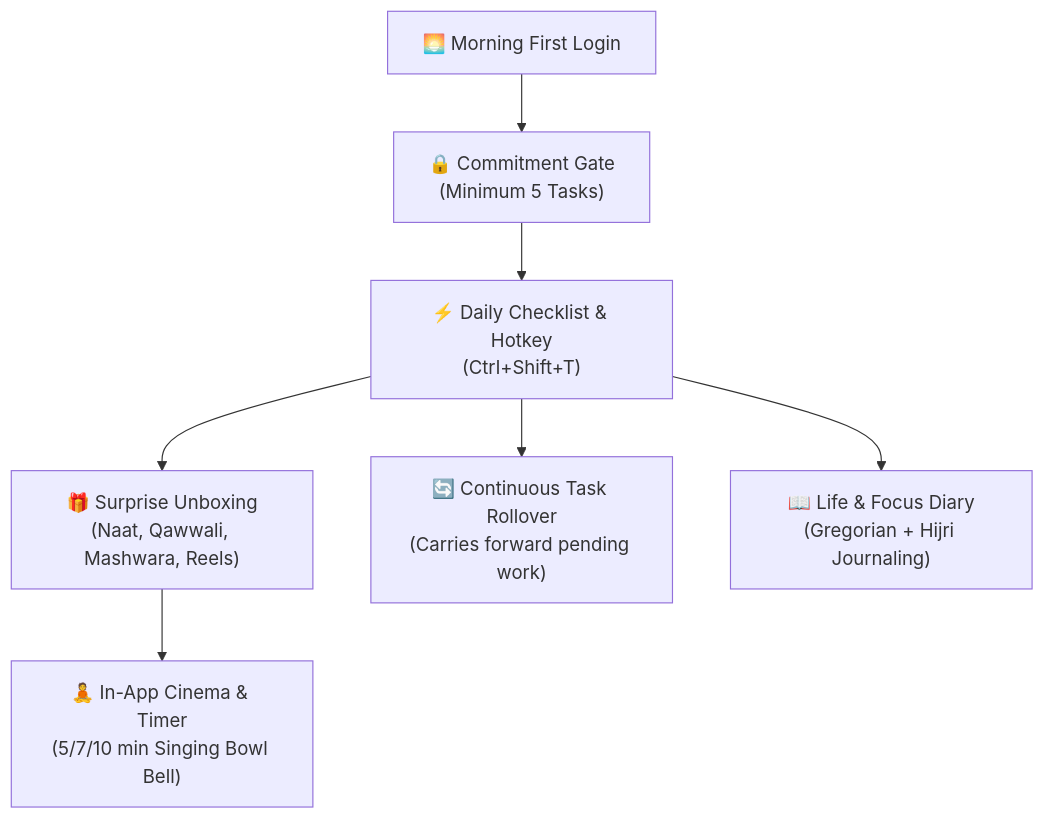
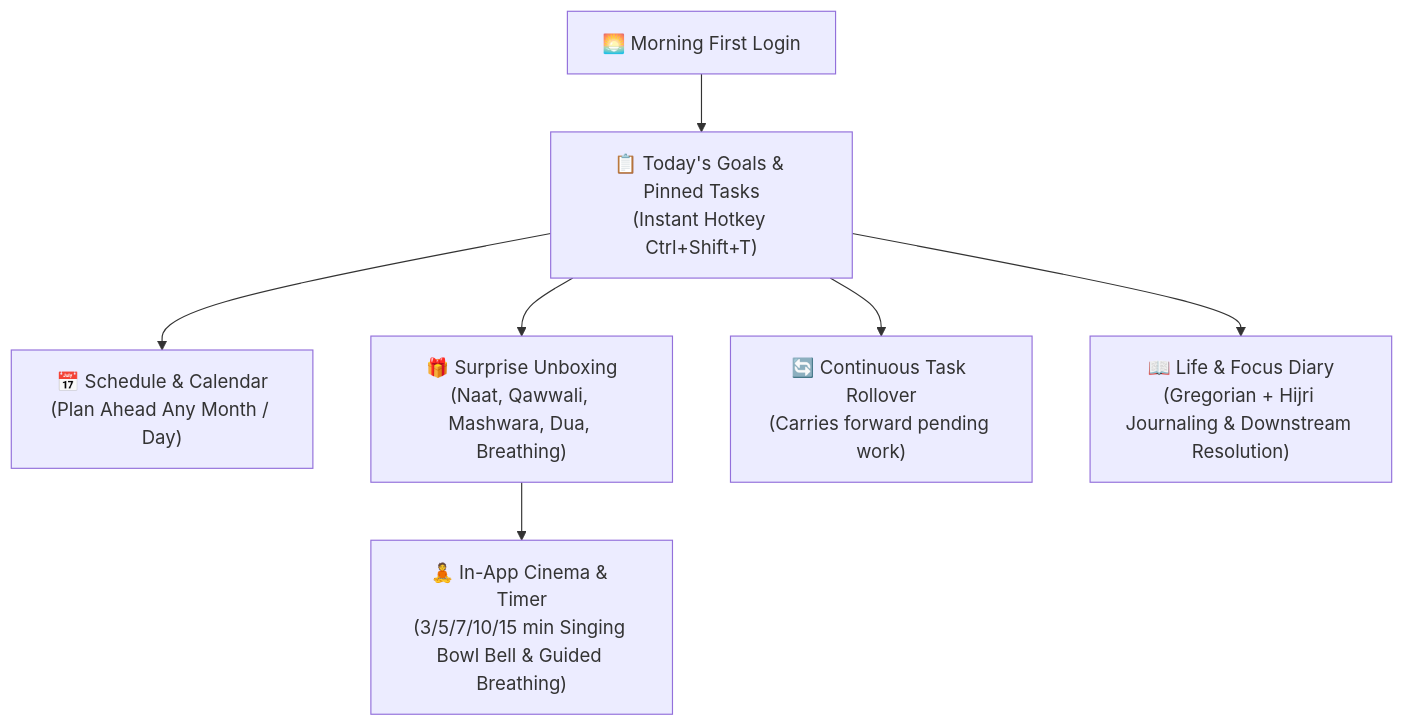
The diagram in README.md (Kamran5H/Subah-TaskBook), drawn with Mermaid before and after one commit. The commit also changed other lines of this file and 30 other files, not shown here.

Commit message:
feat: schedule calendar view, task pinning prioritization, expanded offline rewards, and deep verification suite

````diff
--- a/README.md
+++ b/README.md
@@ -28,9 +28,9 @@
 ```mermaid
 graph TD
-    A["🌅 Morning First Login"] --> B["🔒 Commitment Gate<br>(Minimum 5 Tasks)"]
-    B --> C["⚡ Daily Checklist & Hotkey<br>(Ctrl+Shift+T)"]
-    C --> D["🎁 Surprise Unboxing<br>(Naat, Qawwali, Mashwara, Reels)"]
-    C --> E["🔄 Continuous Task Rollover<br>(Carries forward pending work)"]
-    C --> F["📖 Life & Focus Diary<br>(Gregorian + Hijri Journaling)"]
-    D --> G["🧘 In-App Cinema & Timer<br>(5/7/10 min Singing Bowl Bell)"]
+    A["🌅 Morning First Login"] --> B["📋 Today's Goals & Pinned Tasks<br>(Instant Hotkey Ctrl+Shift+T)"]
+    B --> C["📅 Schedule & Calendar<br>(Plan Ahead Any Month / Day)"]
+    B --> D["🎁 Surprise Unboxing<br>(Naat, Qawwali, Mashwara, Dua, Breathing)"]
+    B --> E["🔄 Continuous Task Rollover<br>(Carries forward pending work)"]
+    B --> F["📖 Life & Focus Diary<br>(Gregorian + Hijri Journaling & Downstream Resolution)"]
+    D --> G["🧘 In-App Cinema & Timer<br>(3/5/7/10/15 min Singing Bowl Bell & Guided Breathing)"]
 ```
````
